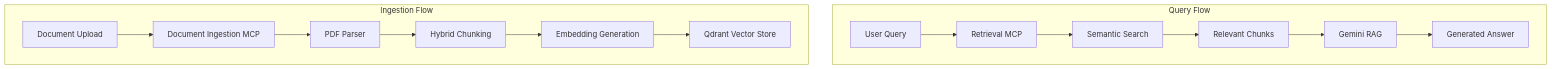
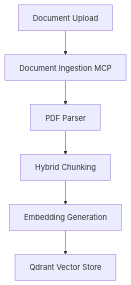
Before and after one commit to nakul-cloud/Hybrid-Rag-MCP: the second of 2 diagrams in README.md, drawn with Mermaid. The commit also changed other lines of this file, not shown here.

Commit message:
Refactor flowcharts in README for improved clarity and readability

````diff
--- a/README.md
+++ b/README.md
@@ -54,24 +63,8 @@
 ```mermaid
 flowchart TB
-    subgraph Query Flow
-        U[User Query]
-        RM[Retrieval MCP]
-        SS[Semantic Search]
-        RC[Relevant Chunks]
-        GR[Gemini RAG]
-        GA[Generated Answer]
-
-        U --> RM --> SS --> RC --> GR --> GA
-    end
-
-    subgraph Ingestion Flow
-        DU[Document Upload]
-        DIM[Document Ingestion MCP]
-        PP[PDF Parser]
-        HC[Hybrid Chunking]
-        EG[Embedding Generation]
-        QV[Qdrant Vector Store]
-
-        DU --> DIM --> PP --> HC --> EG --> QV
-    end
+    DU[Document Upload] --> DIM[Document Ingestion MCP]
+    DIM --> PP[PDF Parser]
+    PP --> HC[Hybrid Chunking]
+    HC --> EG[Embedding Generation]
+    EG --> QV[Qdrant Vector Store]
 ```
````
